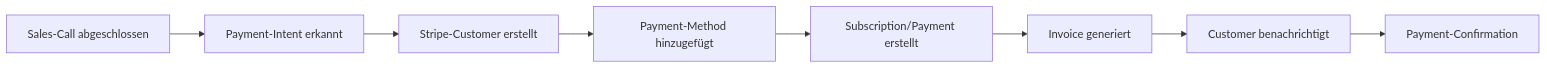
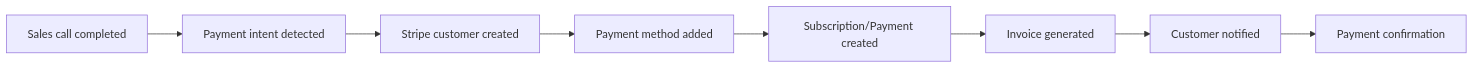
One commit to bekgroup/Famulor-docs-de changed the diagram in en/automation-platform/integrations/einzelintegrations/stripe.mdx. Above: the diagram before and after it, drawn with Mermaid. The commit also changed other lines of this file and 273 other files, not shown here.

````diff
--- a/en/automation-platform/integrations/einzelintegrations/stripe.mdx
+++ b/en/automation-platform/integrations/einzelintegrations/stripe.mdx
@@ -35,10 +34,10 @@
 ```mermaid
 graph LR
-    A[Sales-Call abgeschlossen] --> B[Payment-Intent erkannt]
-    B --> C[Stripe-Customer erstellt]
-    C --> D[Payment-Method hinzugefügt]
-    D --> E[Subscription/Payment erstellt]
-    E --> F[Invoice generiert]
-    F --> G[Customer benachrichtigt]
-    G --> H[Payment-Confirmation]
+    A[Sales call completed] --> B[Payment intent detected]
+    B --> C[Stripe customer created]
+    C --> D[Payment method added]
+    D --> E[Subscription/Payment created]
+    E --> F[Invoice generated]
+    F --> G[Customer notified]
+    G --> H[Payment confirmation]
 ```
````
